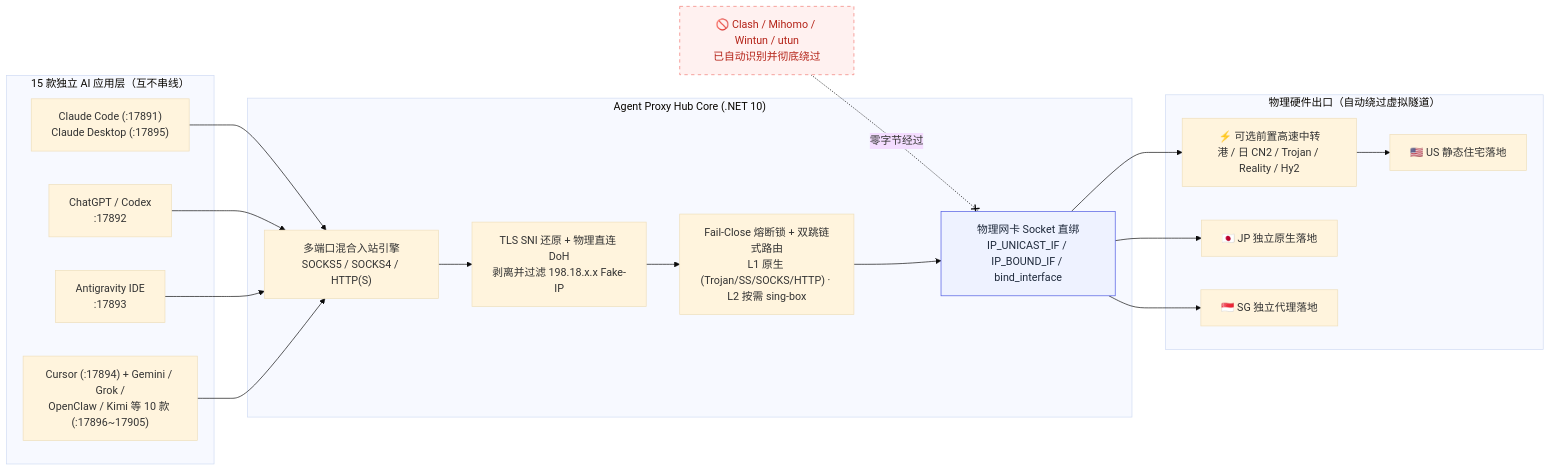
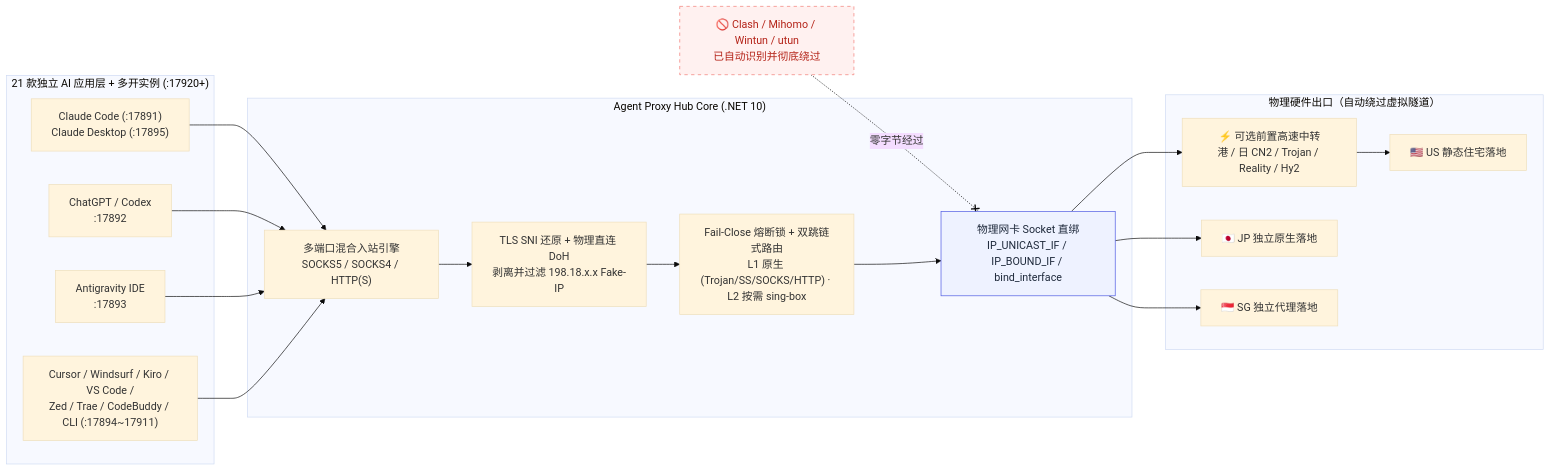
One commit to HeyoCode/Agent_Proxy_Hub changed the diagram in README.md. Above: the diagram before and after it, drawn with Mermaid (base theme). The commit also changed other lines of this file and 29 other files, not shown here.

````diff
--- a/README.md
+++ b/README.md
@@ -144,32 +144,32 @@
 ```mermaid
 flowchart LR
-    subgraph APPS["15 款独立 AI 应用层（互不串线）"]
+    subgraph APPS["21 款独立 AI 应用层 + 多开实例 (:17920+)"]
         A1["Claude Code (:17891)<br/>Claude Desktop (:17895)"]
         A2["ChatGPT / Codex<br/>:17892"]
         A3["Antigravity IDE<br/>:17893"]
-        A4["Cursor (:17894) + Gemini / Grok /<br/>OpenClaw / Kimi 等 10 款 (:17896~17905)"]
+        A4["Cursor / Windsurf / Kiro / VS Code /<br/>Zed / Trae / CodeBuddy / CLI (:17894~17911)"]
     end
 
     subgraph CORE["Agent Proxy Hub Core (.NET 10)"]
         IN["多端口混合入站引擎<br/>SOCKS5 / SOCKS4 / HTTP(S)"]
         SNI["TLS SNI 还原 + 物理直连 DoH<br/>剥离并过滤 198.18.x.x Fake-IP"]
         KS["Fail-Close 熔断锁 + 双跳链式路由<br/>L1 原生 (Trojan/SS/SOCKS/HTTP) · L2 按需 sing-box"]
         NIC["物理网卡 Socket 直绑<br/>IP_UNICAST_IF / IP_BOUND_IF / bind_interface"]
     end
 
     subgraph NET["物理硬件出口（自动绕过虚拟隧道）"]
         R1["⚡ 可选前置高速中转<br/>港 / 日 CN2 / Trojan / Reality / Hy2"]
         N1["🇺🇸 US 静态住宅落地"]
         N2["🇯🇵 JP 独立原生落地"]
         N3["🇸🇬 SG 独立代理落地"]
     end
 
     TUN["🚫 Clash / Mihomo / Wintun / utun<br/>已自动识别并彻底绕过"] -. 零字节经过 .-x NIC
 
     A1 & A2 & A3 & A4 --> IN --> SNI --> KS --> NIC
     NIC --> R1 --> N1
     NIC --> N2 & N3
 
     style TUN fill:#fff1f0,stroke:#f27973,stroke-dasharray: 5 5,color:#b42318
     style NIC fill:#eef2ff,stroke:#4a56e2,color:#1e293b
 ```
````
